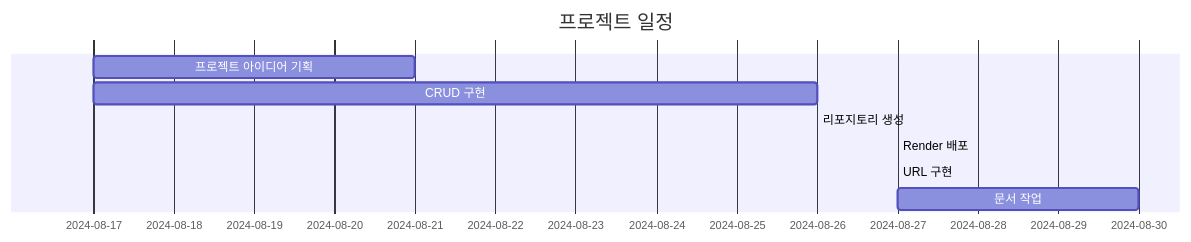
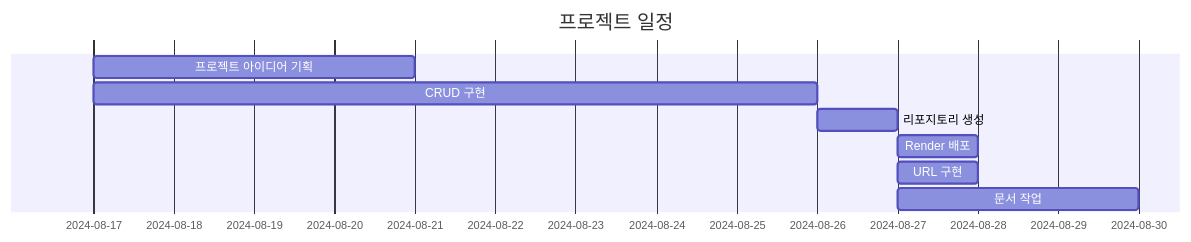
One commit to vanhalenpanama/Claude_Export_Data_Backup_Blog changed the diagram in README.md. Above: the diagram before and after it, drawn with Mermaid.

Commit message:
:truck: WBS update

````diff
--- a/README.md
+++ b/README.md
@@ -17,11 +17,11 @@
 ```mermaid
 gantt
   title 프로젝트 일정
   dateFormat  YYYY-MM-DD
 	프로젝트 아이디어 기획: 2024-08-17, 2024-08-21
 	CRUD 구현: 2024-08-17, 2024-08-26
-	리포지토리 생성: 2024-08-26, 2024-08-26
-	Render 배포: 2024-08-27, 2024-08-27
-	URL 구현: 2024-08-27, 2024-08-27
+	리포지토리 생성: 2024-08-26, 2024-08-27
+	Render 배포: 2024-08-27, 2024-08-28
+	URL 구현: 2024-08-27, 2024-08-28
 	문서 작업: 2024-08-27, 2024-08-30
 ```
````
